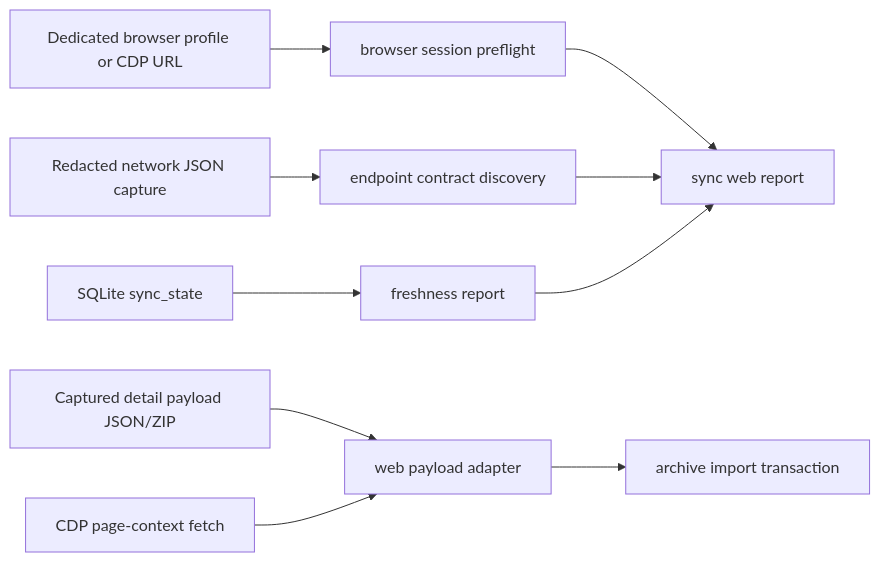
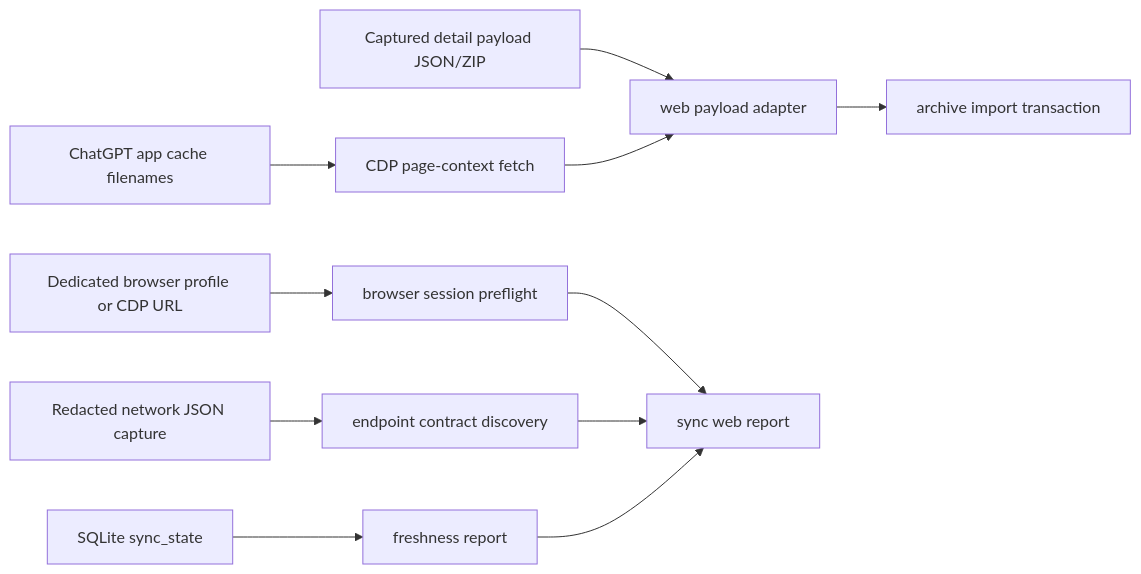
Before and after one commit to jamespheffernan/aicrawl: the second of 3 diagrams in docs/ARCHITECTURE.md, drawn with Mermaid. The commit also changed other lines of this file and 16 other files, not shown here.

Commit message:
feat: seed ChatGPT sync from app cache IDs

````diff
--- a/docs/ARCHITECTURE.md
+++ b/docs/ARCHITECTURE.md
@@ -72,12 +72,13 @@
 ```mermaid
 flowchart LR
   BrowserProfile["Dedicated browser profile or CDP URL"] --> SessionPlan["browser session preflight"]
   NetworkCapture["Redacted network JSON capture"] --> ContractDiscovery["endpoint contract discovery"]
   ArchiveState["SQLite sync_state"] --> Freshness["freshness report"]
   SourcePayload["Captured detail payload JSON/ZIP"] --> WebAdapter["web payload adapter"]
+  ChatGPTAppCache["ChatGPT app cache filenames"] --> CDP
   CDP["CDP page-context fetch"] --> WebAdapter
   WebAdapter --> Archive["archive import transaction"]
   SessionPlan --> Report["sync web report"]
   ContractDiscovery --> Report
   Freshness --> Report
 ```
````
